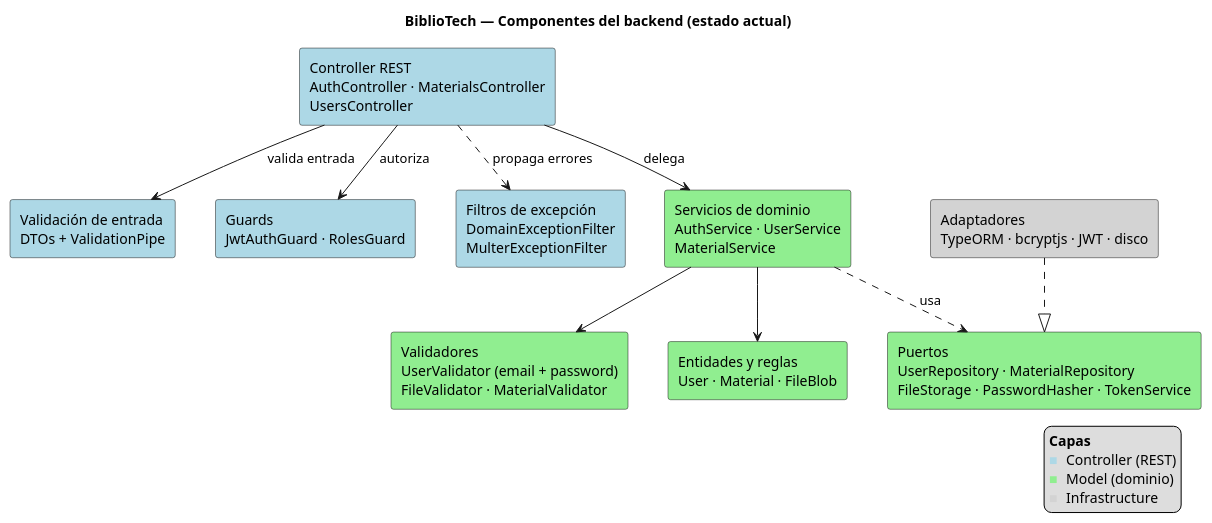
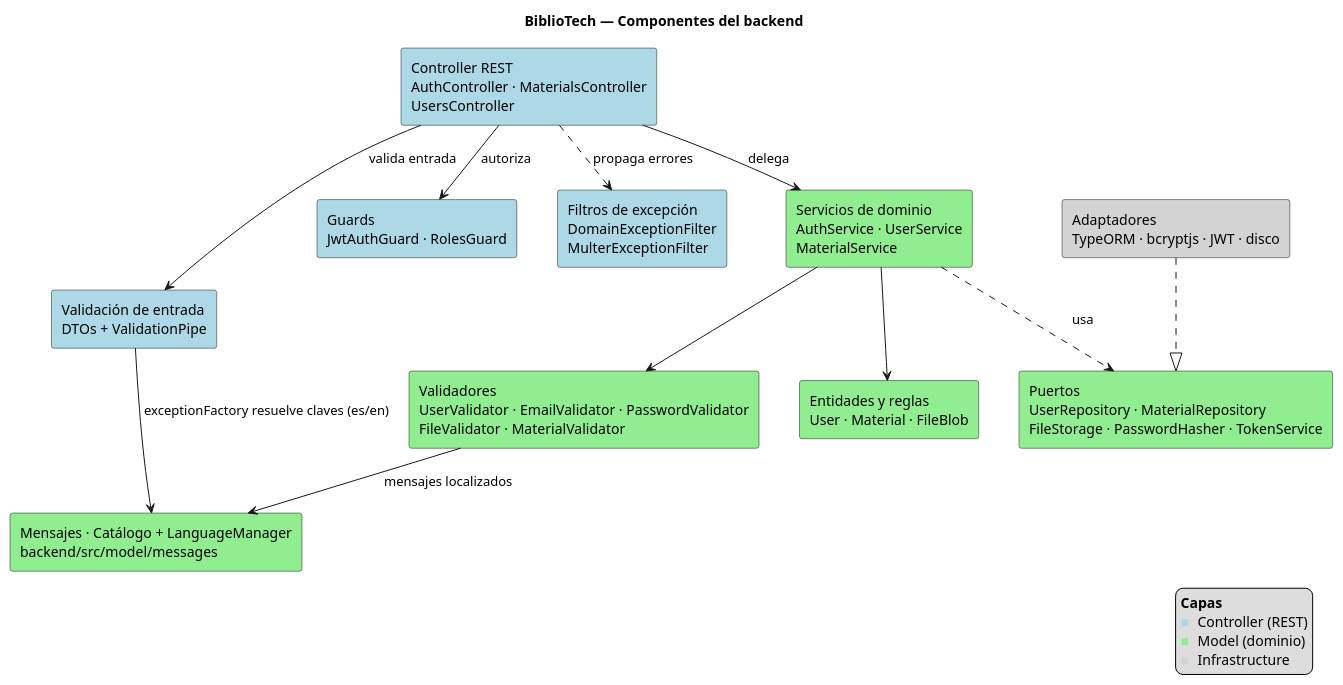
One commit to estebanmatias92/tecnicatura-practicas-profesionalizantes-ii changed the diagram in 2026-10-13-laboratorio-validator-module/docs/diagrams/component-backend.puml. Above: the diagram before and after it, drawn with PlantUML. The commit also changed 12 other files, not shown here.

```diff
--- a/2026-10-13-laboratorio-validator-module/docs/diagrams/component-backend.puml
+++ b/2026-10-13-laboratorio-validator-module/docs/diagrams/component-backend.puml
@@ -1,37 +1,40 @@
 @startuml
-title BiblioTech — Componentes del backend (estado actual)
+title BiblioTech — Componentes del backend
 
 skinparam componentStyle rectangle
 skinparam shadowing false
 skinparam nodesep 40
 skinparam ranksep 45
 
 component "Controller REST\nAuthController · MaterialsController\nUsersController" as Ctrl #LightBlue
 component "Validación de entrada\nDTOs + ValidationPipe" as DTO #LightBlue
 component "Guards\nJwtAuthGuard · RolesGuard" as Guards #LightBlue
 component "Filtros de excepción\nDomainExceptionFilter\nMulterExceptionFilter" as Filters #LightBlue
 
 component "Servicios de dominio\nAuthService · UserService\nMaterialService" as Svc #LightGreen
-component "Validadores\nUserValidator (email + password)\nFileValidator · MaterialValidator" as Val #LightGreen
+component "Validadores\nUserValidator · EmailValidator · PasswordValidator\nFileValidator · MaterialValidator" as Val #LightGreen
+component "Mensajes · Catálogo + LanguageManager\nbackend/src/model/messages" as Msg #LightGreen
 component "Entidades y reglas\nUser · Material · FileBlob" as Entities #LightGreen
 component "Puertos\nUserRepository · MaterialRepository\nFileStorage · PasswordHasher · TokenService" as Ports #LightGreen
 
 component "Adaptadores\nTypeORM · bcryptjs · JWT · disco" as Infra #LightGray
 
 Ctrl --> DTO : valida entrada
 Ctrl --> Guards : autoriza
 Ctrl --> Svc : delega
 Ctrl ..> Filters : propaga errores
+DTO --> Msg : exceptionFactory resuelve claves (es/en)
 Svc --> Val
 Svc --> Entities
 Svc ..> Ports : usa
+Val --> Msg : mensajes localizados
 Infra ..|> Ports
 
 legend right
   **Capas**
   <color:LightBlue>■</color> Controller (REST)
   <color:LightGreen>■</color> Model (dominio)
   <color:LightGray>■</color> Infrastructure
 endlegend
 
 @enduml
```
